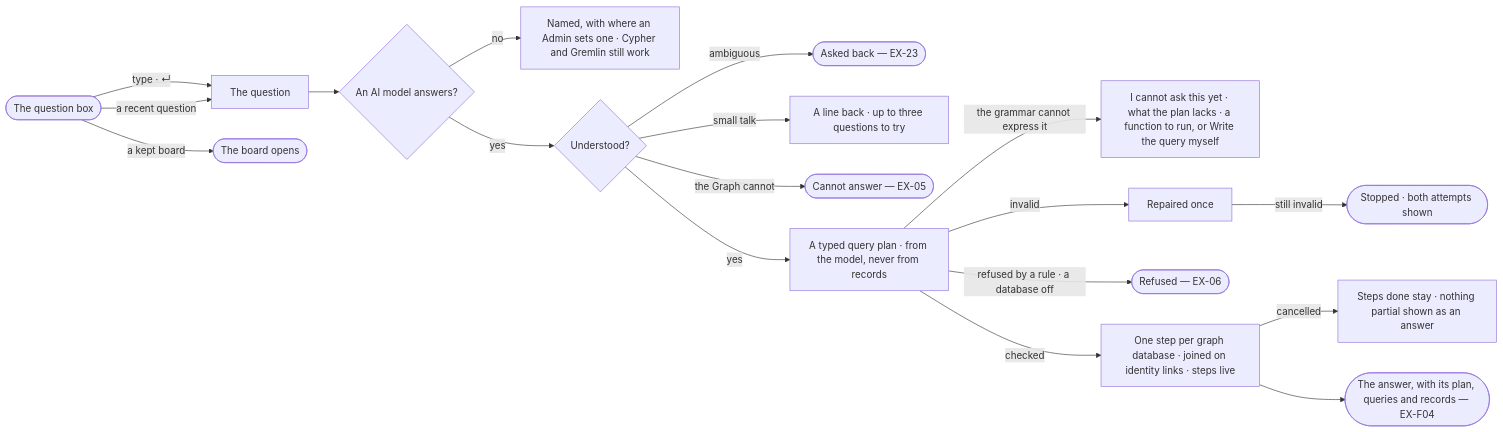
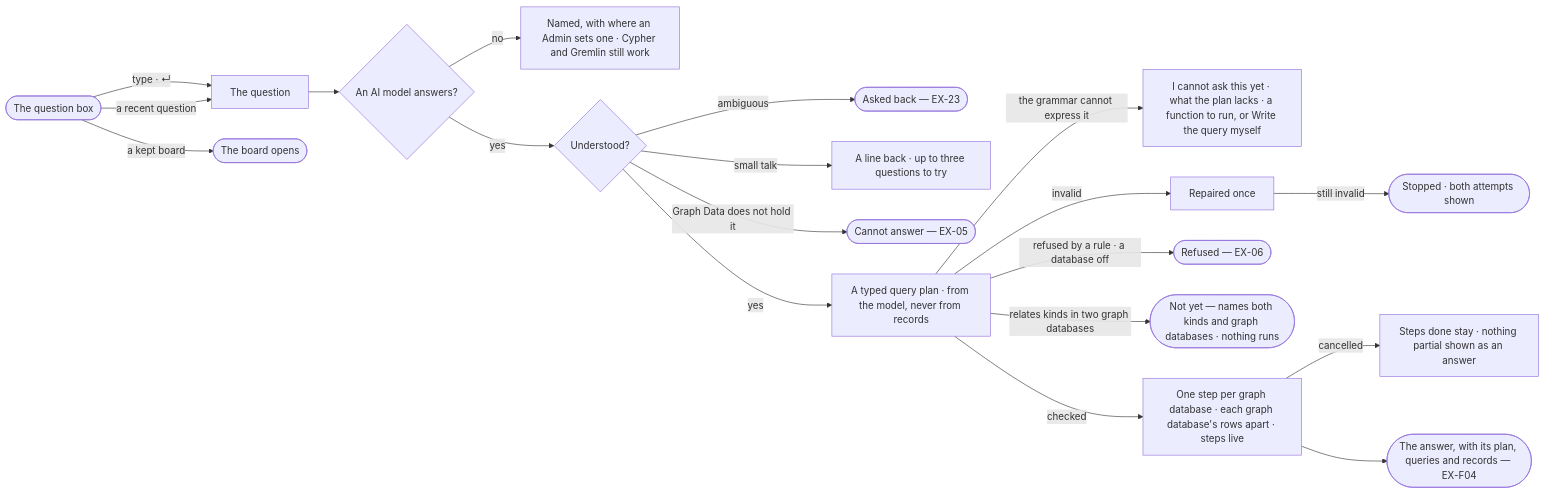
Before and after one commit to invana/invana: the diagram in specs/capabilities/explore/features/EX-F03-ask-a-question/stories/EX-01-ask-in-plain-words/story.md, drawn with Mermaid. The commit also changed other lines of this file and 456 other files, not shown here.

````diff
--- a/specs/capabilities/explore/features/EX-F03-ask-a-question/stories/EX-01-ask-in-plain-words/story.md
+++ b/specs/capabilities/explore/features/EX-F03-ask-a-question/stories/EX-01-ask-in-plain-words/story.md
@@ -28,19 +29,20 @@
 ```mermaid
 flowchart LR
   a([The question box]) -->|type · ↵| q["The question"]
   a -->|a recent question| q
   a -->|a kept board| b([The board opens])
   q --> llm{An AI model answers?}
   llm -->|no| nl["Named, with where an Admin sets one · Cypher and Gremlin still work"]
   llm -->|yes| u{Understood?}
   u -->|ambiguous| cq(["Asked back — EX-23"])
   u -->|small talk| t["A line back · up to three questions to try"]
-  u -->|the Graph cannot| ca(["Cannot answer — EX-05"])
+  u -->|Graph Data does not hold it| ca(["Cannot answer — EX-05"])
   u -->|yes| p["A typed query plan · from the model, never from records"]
   p -->|the grammar cannot express it| gap["I cannot ask this yet · what the plan lacks · a function to run, or Write the query myself"]
   p -->|invalid| rp["Repaired once"] -->|still invalid| st(["Stopped · both attempts shown"])
   p -->|refused by a rule · a database off| rf(["Refused — EX-06"])
-  p -->|checked| r["One step per graph database · joined on identity links · steps live"]
+  p -->|relates kinds in two graph databases| xdb(["Not yet — names both kinds and graph databases · nothing runs"])
+  p -->|checked| r["One step per graph database · each graph database's rows apart · steps live"]
   r -->|cancelled| c["Steps done stay · nothing partial shown as an answer"]
   r --> ans(["The answer, with its plan, queries and records — EX-F04"])
 ```
````
